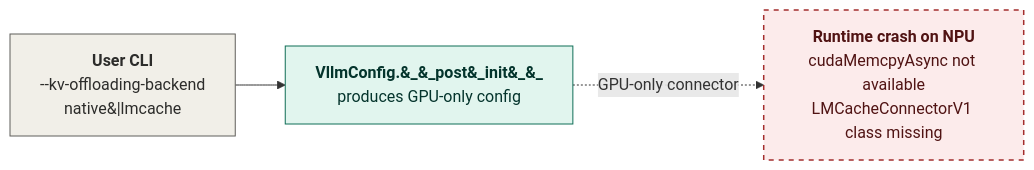
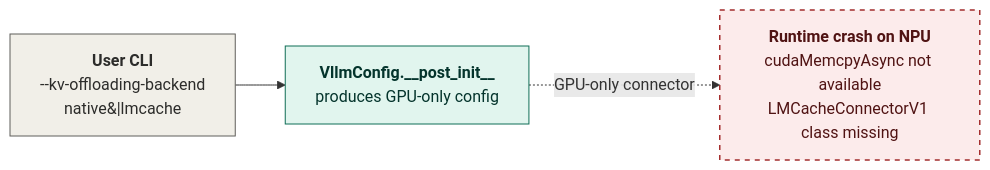
Before and after one commit to SammLSH/vllm-ascend: the second of 9 diagrams in RFC_kv_offloading_backend.md, drawn with Mermaid. The commit also changed other lines of this file, not shown here.

First line of the commit message:
docs: replace HTML entity underscores with literal underscores in mermaid labels

````diff
--- a/RFC_kv_offloading_backend.md
+++ b/RFC_kv_offloading_backend.md
@@ -86,16 +86,16 @@
 ```mermaid
 flowchart LR
     CLI1["<b>User CLI</b><br/>--kv-offloading-backend<br/>native&#124;lmcache"]
-    UP1["<b>VllmConfig.&#95;&#95;post&#95;init&#95;&#95;</b><br/>produces GPU-only config"]
+    UP1["<b>VllmConfig.__post_init__</b><br/>produces GPU-only config"]
     FAIL["<b>Runtime crash on NPU</b><br/>cudaMemcpyAsync not available<br/>LMCacheConnectorV1 class missing"]
 
     CLI1 --> UP1 -.->|GPU-only connector| FAIL
 
     classDef external fill:#F1EFE8,stroke:#5F5E5A,stroke-width:1px,color:#2C2C2A
     classDef existing fill:#E1F5EE,stroke:#0F6E56,stroke-width:1px,color:#04342C
     classDef crash fill:#FCEBEB,stroke:#A32D2D,stroke-width:1.5px,stroke-dasharray:5 5,color:#501313
 
     class CLI1 external
     class UP1 existing
     class FAIL crash
 ```
````
